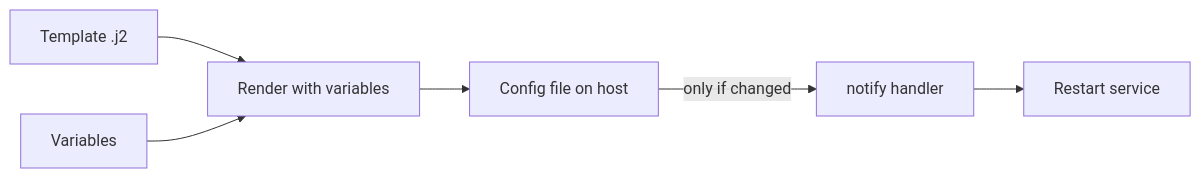
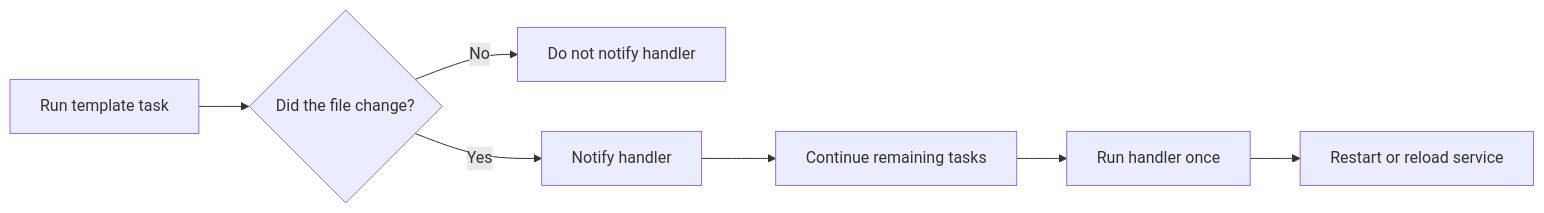
Before and after one commit to Ansible-workshop-ch/bootcamp: the third of 5 diagrams in module05/conditions-loops-handlers-templates.md, drawn with Mermaid. The commit also changed other lines of this file, not shown here.

````diff
--- a/module05/conditions-loops-handlers-templates.md
+++ b/module05/conditions-loops-handlers-templates.md
@@ -43,8 +415,11 @@
 ```mermaid
 flowchart LR
-    T[Template .j2] --> GEN[Render with variables]
-    V[Variables] --> GEN
-    GEN --> FILE[Config file on host]
-    FILE -- only if changed --> N[notify handler]
-    N --> RST[Restart service]
+    A[Run template task] --> B{Did the file change?}
+
+    B -->|No| C[Do not notify handler]
+    B -->|Yes| D[Notify handler]
+
+    D --> E[Continue remaining tasks]
+    E --> F[Run handler once]
+    F --> G[Restart or reload service]
 ```
````
